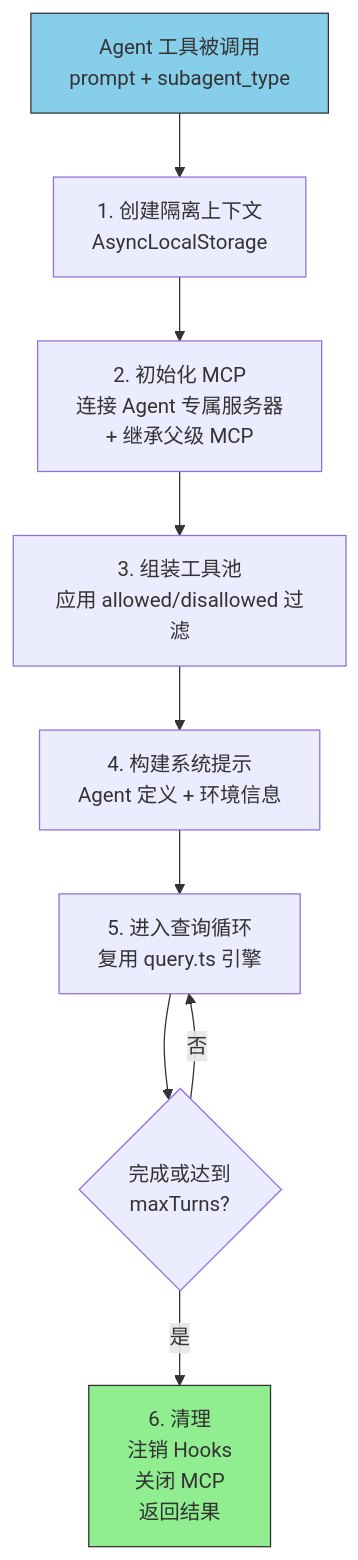
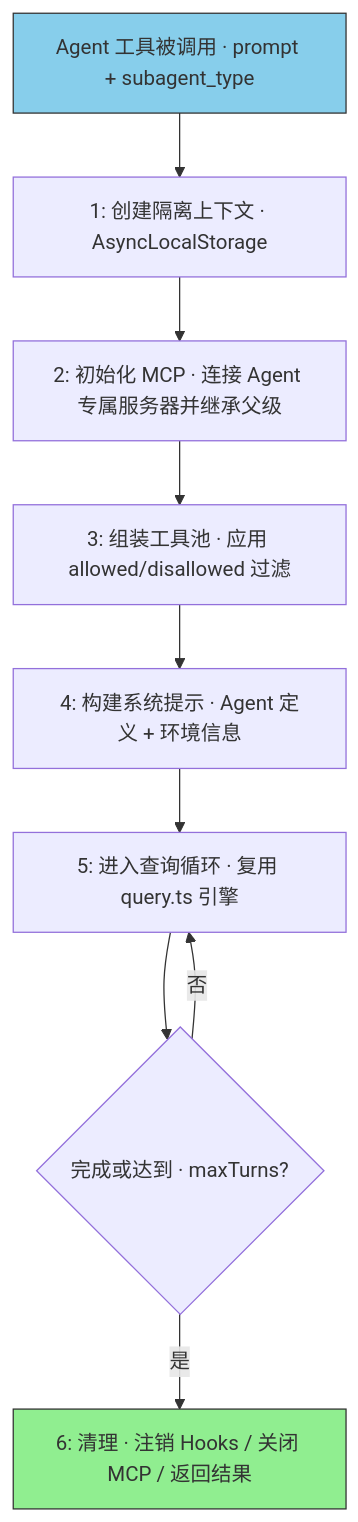
Diagram 12 of 30 in CLAUDE_CODE_BOOK.md (turf0909/sleep-code), drawn with Mermaid before and after one commit. The commit also changed other lines of this file, not shown here.

First line of the commit message:
docs: major expansion and fact-check of Claude Code architecture book

````diff
--- a/CLAUDE_CODE_BOOK.md
+++ b/CLAUDE_CODE_BOOK.md
@@ -1461,14 +1756,14 @@
 ```mermaid
 flowchart TD
-    SPAWN["Agent 工具被调用<br/>prompt + subagent_type"] --> CTX["1. 创建隔离上下文<br/>AsyncLocalStorage"]
-    CTX --> MCP["2. 初始化 MCP<br/>连接 Agent 专属服务器<br/>+ 继承父级 MCP"]
-    MCP --> TOOLS_POOL["3. 组装工具池<br/>应用 allowed/disallowed 过滤"]
-    TOOLS_POOL --> SYS_PROMPT["4. 构建系统提示<br/>Agent 定义 + 环境信息"]
-    SYS_PROMPT --> LOOP["5. 进入查询循环<br/>复用 query.ts 引擎"]
-    LOOP --> DONE{"完成或达到<br/>maxTurns?"}
+    SPAWN["Agent 工具被调用 · prompt + subagent_type"] --> CTX["1: 创建隔离上下文 · AsyncLocalStorage"]
+    CTX --> MCP["2: 初始化 MCP · 连接 Agent 专属服务器并继承父级"]
+    MCP --> TOOLS_POOL["3: 组装工具池 · 应用 allowed/disallowed 过滤"]
+    TOOLS_POOL --> SYS_PROMPT["4: 构建系统提示 · Agent 定义 + 环境信息"]
+    SYS_PROMPT --> LOOP["5: 进入查询循环 · 复用 query.ts 引擎"]
+    LOOP --> DONE{"完成或达到 · maxTurns?"}
     DONE -->|"否"| LOOP
-    DONE -->|"是"| CLEANUP["6. 清理<br/>注销 Hooks<br/>关闭 MCP<br/>返回结果"]
+    DONE -->|"是"| CLEANUP["6: 清理 · 注销 Hooks / 关闭 MCP / 返回结果"]
 
     style SPAWN fill:#87CEEB,stroke:#333,color:#333
     style CLEANUP fill:#90EE90,stroke:#333,color:#333
 ```
````
